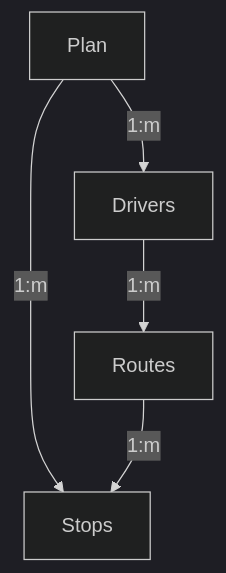
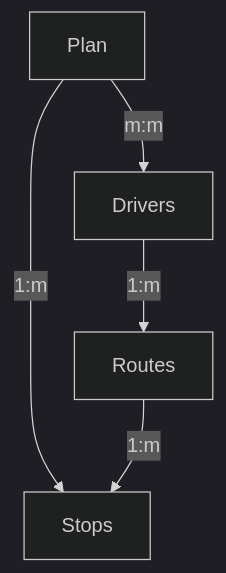
One commit to crickets-and-comb/bfb_delivery changed the first of 2 diagrams in docs/developers.rst. Above: the diagram before and after it, drawn with Mermaid (dark theme). The commit also changed other lines of this file and 35 other files, not shown here.

```diff
--- a/docs/developers.rst
+++ b/docs/developers.rst
@@ -25,7 +25,7 @@
 .. mermaid::
 
     graph TD;
-        A[Plan] -->|1:m| B[Drivers]
+        A[Plan] -->|m:m| B[Drivers]
         A -->|1:m| C[Stops]
         B -->|1:m| D[Routes]
         D -->|1:m| C[Stops]
```
